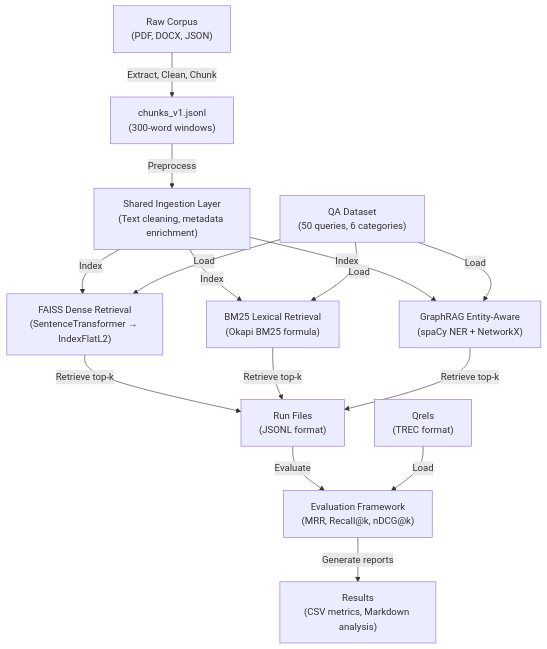
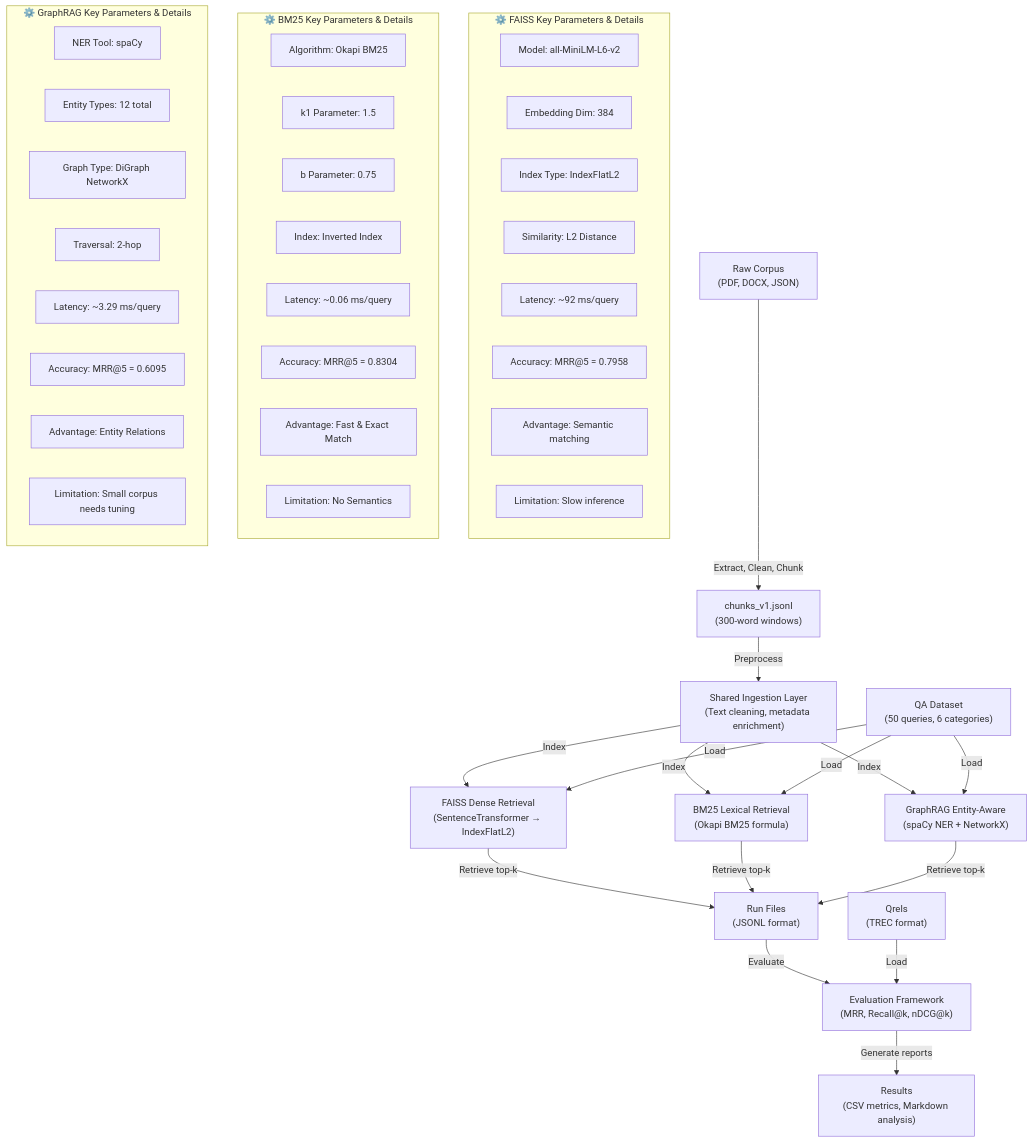
The diagram in diagrams/fig1_overall_architecture.md (amulyagupta1278/rag-retrieval-dissertation), drawn with Mermaid before and after one commit. The commit also changed 7 other files, not shown here.

First line of the commit message:
feat: enhance all dissertation diagrams with detailed parameter subgraphs

````diff
--- a/diagrams/fig1_overall_architecture.md
+++ b/diagrams/fig1_overall_architecture.md
@@ -3,23 +3,56 @@
 ```mermaid
 graph TD
     A["Raw Corpus<br/>(PDF, DOCX, JSON)"] -->|Extract, Clean, Chunk| B["chunks_v1.jsonl<br/>(300-word windows)"]
     B -->|Preprocess| C["Shared Ingestion Layer<br/>(Text cleaning, metadata enrichment)"]
     
     C -->|Index| FAISS["FAISS Dense Retrieval<br/>(SentenceTransformer → IndexFlatL2)"]
     C -->|Index| BM25["BM25 Lexical Retrieval<br/>(Okapi BM25 formula)"]
     C -->|Index| GraphRAG["GraphRAG Entity-Aware<br/>(spaCy NER + NetworkX)"]
     
     D["QA Dataset<br/>(50 queries, 6 categories)"] -->|Load| FAISS
     D -->|Load| BM25
     D -->|Load| GraphRAG
     
     FAISS -->|Retrieve top-k| E["Run Files<br/>(JSONL format)"]
     BM25 -->|Retrieve top-k| E
     GraphRAG -->|Retrieve top-k| E
     
     E -->|Evaluate| F["Evaluation Framework<br/>(MRR, Recall@k, nDCG@k)"]
     
     G["Qrels<br/>(TREC format)"] -->|Load| F
     
     F -->|Generate reports| H["Results<br/>(CSV metrics, Markdown analysis)"]
+    
+    subgraph FAISS_Params["⚙️ FAISS Key Parameters & Details"]
+        F1["Model: all-MiniLM-L6-v2"]
+        F2["Embedding Dim: 384"]
+        F3["Index Type: IndexFlatL2"]
+        F4["Similarity: L2 Distance"]
+        F5["Latency: ~92 ms/query"]
+        F6["Accuracy: MRR@5 = 0.7958"]
+        F7["Advantage: Semantic matching"]
+        F8["Limitation: Slow inference"]
+    end
+    
+    subgraph BM25_Params["⚙️ BM25 Key Parameters & Details"]
+        B1["Algorithm: Okapi BM25"]
+        B2["k1 Parameter: 1.5"]
+        B3["b Parameter: 0.75"]
+        B4["Index: Inverted Index"]
+        B5["Latency: ~0.06 ms/query"]
+        B6["Accuracy: MRR@5 = 0.8304"]
+        B7["Advantage: Fast & Exact Match"]
+        B8["Limitation: No Semantics"]
+    end
+    
+    subgraph GraphRAG_Params["⚙️ GraphRAG Key Parameters & Details"]
+        G1["NER Tool: spaCy"]
+        G2["Entity Types: 12 total"]
+        G3["Graph Type: DiGraph NetworkX"]
+        G4["Traversal: 2-hop"]
+        G5["Latency: ~3.29 ms/query"]
+        G6["Accuracy: MRR@5 = 0.6095"]
+        G7["Advantage: Entity Relations"]
+        G8["Limitation: Small corpus needs tuning"]
+    end
 ```
````
